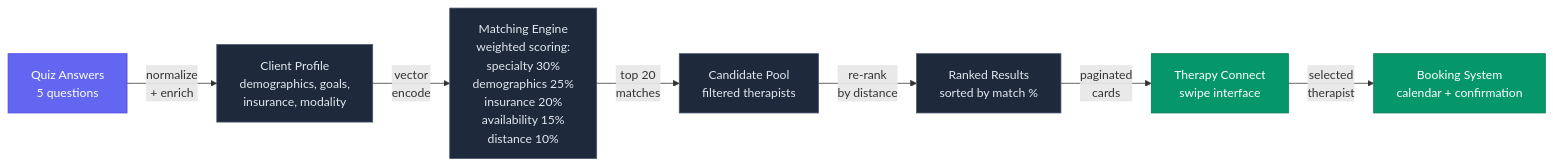
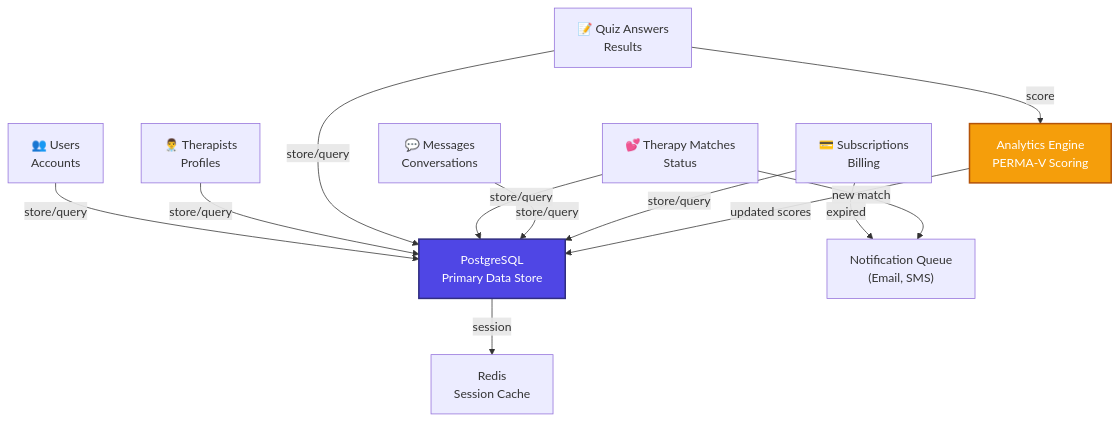
One commit to peguesj/ccem changed the diagram in showcase/data/projects/lily-ai-phx/diagrams/data-flow.mmd. Above: the diagram before and after it, drawn with Mermaid. The commit also changed 42 other files, not shown here.

```diff
--- a/showcase/data/projects/lily-ai-phx/diagrams/data-flow.mmd
+++ b/showcase/data/projects/lily-ai-phx/diagrams/data-flow.mmd
@@ -1,24 +1,28 @@
-%% Data Flow - Quiz to Match Pipeline
-graph LR
-    quiz["Quiz Answers<br/>5 questions"]
-    profile["Client Profile<br/>demographics, goals,<br/>insurance, modality"]
-    engine["Matching Engine<br/>weighted scoring:<br/>specialty 30%<br/>demographics 25%<br/>insurance 20%<br/>availability 15%<br/>distance 10%"]
-    candidates["Candidate Pool<br/>filtered therapists"]
-    ranked["Ranked Results<br/>sorted by match %"]
-    swipe["Therapy Connect<br/>swipe interface"]
-    booking["Booking System<br/>calendar + confirmation"]
-
-    quiz -->|"normalize<br/>+ enrich"| profile
-    profile -->|"vector<br/>encode"| engine
-    engine -->|"top 20<br/>matches"| candidates
-    candidates -->|"re-rank<br/>by distance"| ranked
-    ranked -->|"paginated<br/>cards"| swipe
-    swipe -->|"selected<br/>therapist"| booking
-
-    classDef input fill:#6366f1,stroke:#4f46e5,color:#fff
-    classDef process fill:#1e293b,stroke:#475569,color:#e2e8f0
-    classDef output fill:#059669,stroke:#047857,color:#fff
-
-    class quiz input
-    class profile,engine,candidates,ranked process
-    class swipe,booking output
+graph TB
+    Users["👥 Users<br/>Accounts"]
+    Therapists["👨‍⚕️ Therapists<br/>Profiles"]
+    Quizzes["📝 Quiz Answers<br/>Results"]
+    Matches["💕 Therapy Matches<br/>Status"]
+    Messages["💬 Messages<br/>Conversations"]
+    Subscriptions["💳 Subscriptions<br/>Billing"]
+    
+    PG["PostgreSQL<br/>Primary Data Store"]
+    Cache["Redis<br/>Session Cache"]
+    Analytics["Analytics Engine<br/>PERMA-V Scoring"]
+    Notifications["Notification Queue<br/>(Email, SMS)"]
+    
+    Users -->|store/query| PG
+    Therapists -->|store/query| PG
+    Quizzes -->|store/query| PG
+    Matches -->|store/query| PG
+    Messages -->|store/query| PG
+    Subscriptions -->|store/query| PG
+    
+    PG -->|session| Cache
+    Quizzes -->|score| Analytics
+    Analytics -->|updated scores| PG
+    Subscriptions -->|expired| Notifications
+    Matches -->|new match| Notifications
+    
+    style PG fill:#4F46E5,stroke:#312E81,stroke-width:2px,color:#fff
+    style Analytics fill:#F59E0B,stroke:#B45309,stroke-width:2px,color:#fff
```
